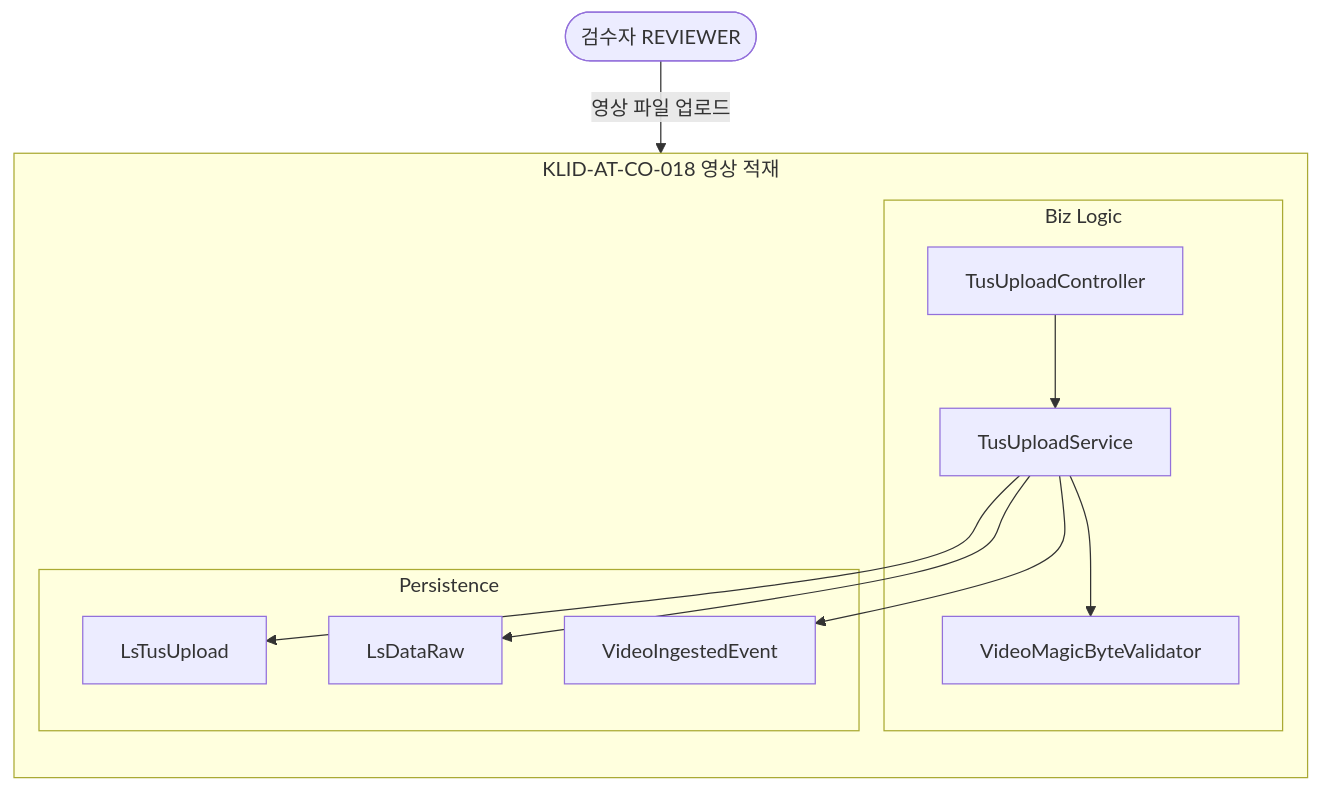
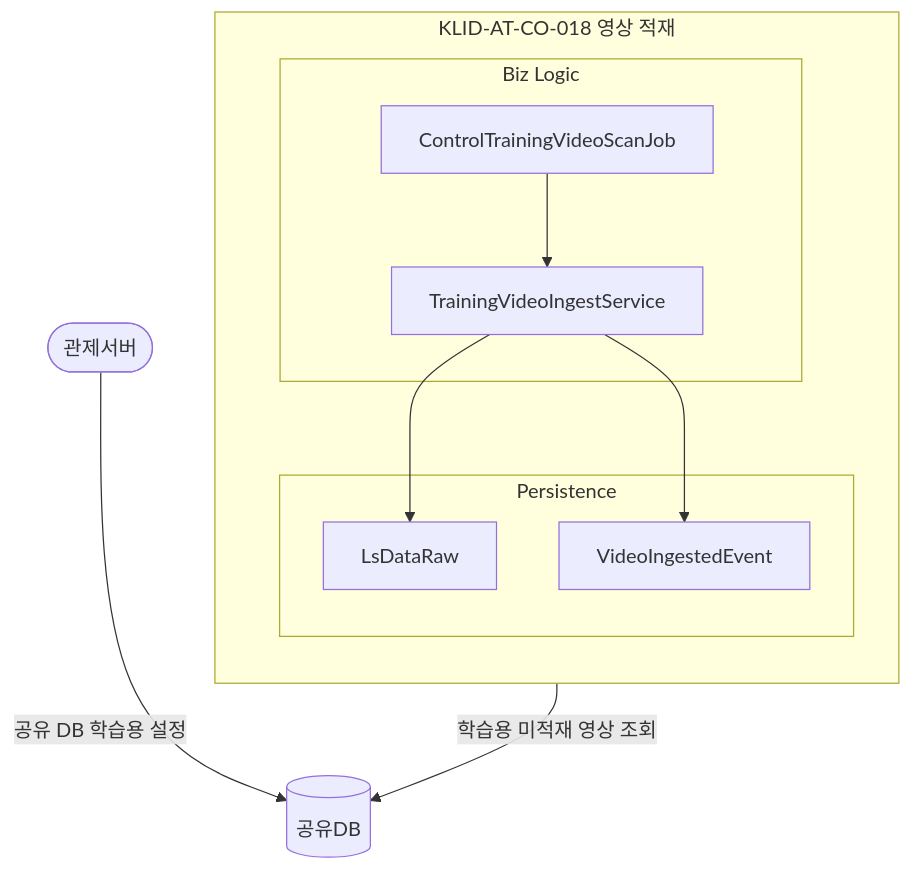
Diagram 14 of 18 in docs/design/D3-컴포넌트설계서.md (New-stella/klid-label), drawn with Mermaid before and after one commit. The commit also changed other lines of this file and 5 other files, not shown here.

First line of the commit message:
docs(design): UC-018 영상 적재 재정의 — 관리 화면 업로드 → 관제 학습용 설정 기반 적재

````diff
--- a/docs/design/D3-컴포넌트설계서.md
+++ b/docs/design/D3-컴포넌트설계서.md
@@ -451,23 +452,21 @@
 ```mermaid
 flowchart TD
-    REVIEWER([검수자 REVIEWER])
+    CONTROL([관제서버])
+    SHAREDDB[(공유DB)]
     subgraph CO018[KLID-AT-CO-018 영상 적재]
         direction TB
         subgraph BIZ18[Biz Logic]
-            TUC[TusUploadController]
-            TUS[TusUploadService]
-            VMV[VideoMagicByteValidator]
+            SCJ[ControlTrainingVideoScanJob]
+            TIS[TrainingVideoIngestService]
         end
         subgraph PER18[Persistence]
-            LTU[LsTusUpload]
             LDR[LsDataRaw]
             VIE[VideoIngestedEvent]
         end
-        TUC --> TUS
-        TUS --> VMV
-        TUS --> LTU
-        TUS --> LDR
-        TUS --> VIE
+        SCJ --> TIS
+        TIS --> LDR
+        TIS --> VIE
     end
-    REVIEWER -->|영상 파일 업로드| TUC
+    CONTROL -->|공유 DB 학습용 설정| SHAREDDB
+    SCJ -->|학습용 미적재 영상 조회| SHAREDDB
 ```
````
